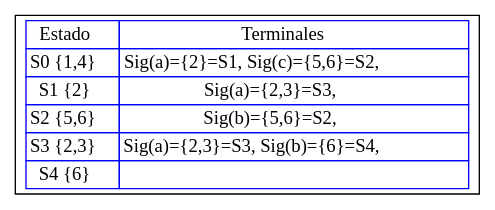
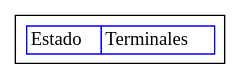
One commit to Racs0XD/-OLC1-Proyecto1_201603028 changed the diagram in Py1_201603028/src/TRANSICIONES_201603028/Ejercicio_4.dot. Above: the diagram before and after it, drawn with Graphviz. The commit also changed 39 other files, not shown here.

```diff
--- a/Py1_201603028/src/TRANSICIONES_201603028/Ejercicio_4.dot
+++ b/Py1_201603028/src/TRANSICIONES_201603028/Ejercicio_4.dot
@@ -1,21 +1,11 @@
 digraph G{
 rankdir=UD
 node[shape=box]
 concentrate=true
 nodo0 [ label =<<table border='0' cellborder='1' color='blue' cellspacing='0'>
 <tr><td>Estado</td><td>Terminales</td></tr>
 
-<tr><td>S0 {1,4}</td><td>Sig(a)={2}=S1, Sig(c)={5,6}=S2, </td></tr>
-
-<tr><td>S1 {2}</td><td>Sig(a)={2,3}=S3, </td></tr>
-
-<tr><td>S2 {5,6}</td><td>Sig(b)={5,6}=S2, </td></tr>
-
-<tr><td>S3 {2,3}</td><td>Sig(a)={2,3}=S3, Sig(b)={6}=S4, </td></tr>
-
-<tr><td>S4 {6}</td><td></td></tr>
-
 </table>
 >];
 
 }
```
